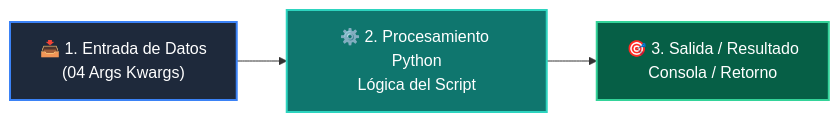
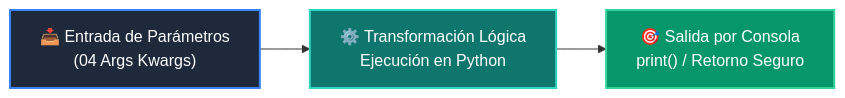
One commit to wisrovi/wisrovi-python changed the diagram in 01-fundamentos-python/clase-07-funciones/ejemplos/ejemplo_04_args_kwargs/README.md. Above: the diagram before and after it, drawn with Mermaid. The commit also changed other lines of this file and 226 other files, not shown here.

Commit message:
docs: elevate all repository READMEs to world-class mastery standard with rich pedagogical architecture, custom Mermaids, and professional styling

````diff
--- a/01-fundamentos-python/clase-07-funciones/ejemplos/ejemplo_04_args_kwargs/README.md
+++ b/01-fundamentos-python/clase-07-funciones/ejemplos/ejemplo_04_args_kwargs/README.md
@@ -12,9 +19,9 @@
 ```mermaid
 flowchart LR
-    A["📥 1. Entrada de Datos<br/>(04 Args Kwargs)"] --> B["⚙️ 2. Procesamiento Python<br/>Lógica del Script"]
-    B --> C["🎯 3. Salida / Resultado<br/>Consola / Retorno"]
+    A["📥 Entrada de Parámetros<br/>(04 Args Kwargs)"] --> B["⚙️ Transformación Lógica<br/>Ejecución en Python"]
+    B --> C["🎯 Salida por Consola<br/>print() / Retorno Seguro"]
 
-    style A fill:#1e293b,color:#fff,stroke:#3b82f6,stroke-width:2px
-    style B fill:#0f766e,color:#fff,stroke:#2dd4bf,stroke-width:2px
-    style C fill:#065f46,color:#fff,stroke:#34d399,stroke-width:2px
+    style A fill:#1e293b,color:#ffffff,stroke:#3b82f6,stroke-width:2px
+    style B fill:#0f766e,color:#ffffff,stroke:#2dd4bf,stroke-width:2px
+    style C fill:#059669,color:#ffffff,stroke:#34d399,stroke-width:2px
 ```
````
